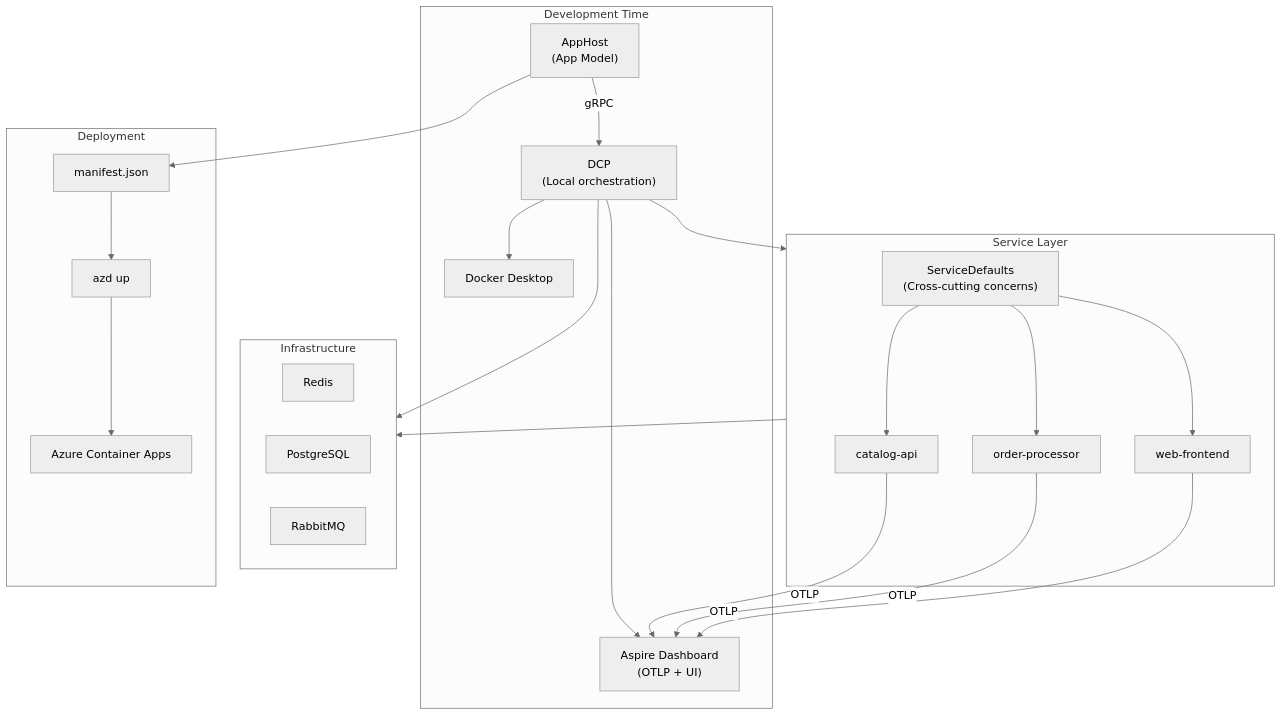
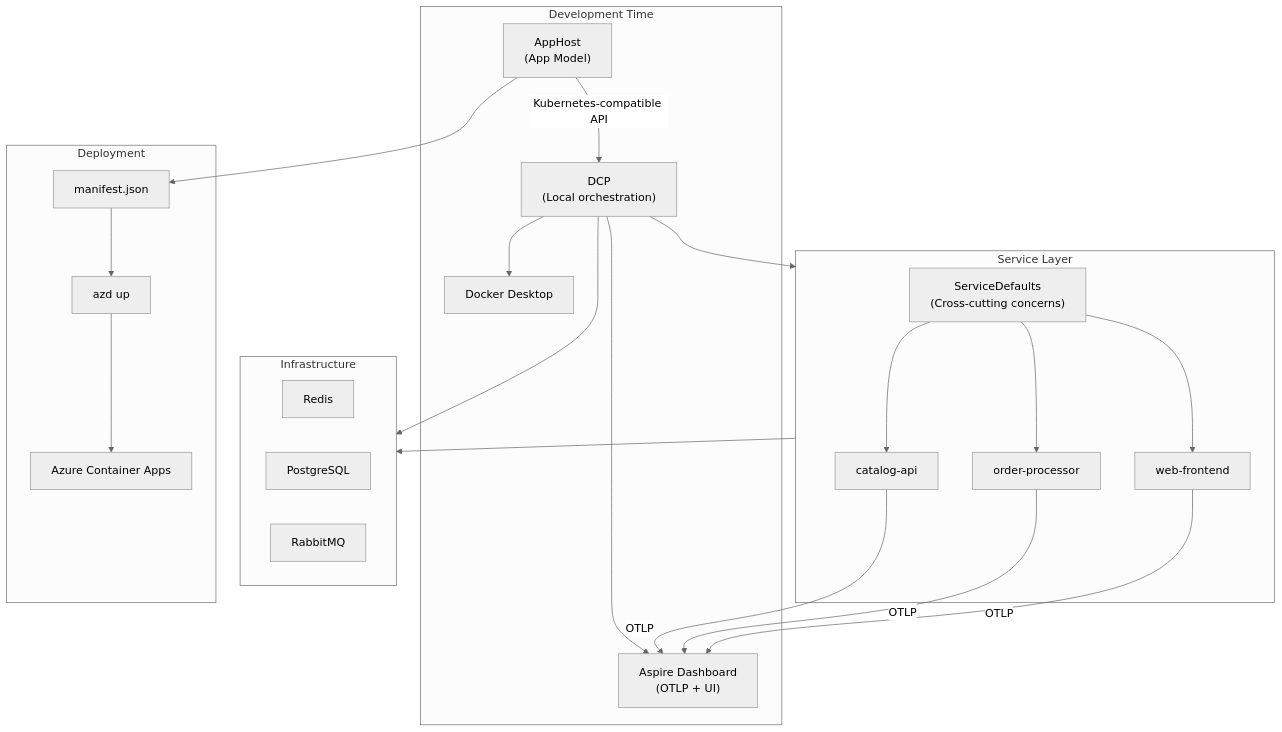
Diagram 18 of 18 in content/blog/en/dotnet-aspire.mdx (yoichiozaki/yoichiozaki.github.io), drawn with Mermaid (neutral theme) before and after one commit. The commit also changed other lines of this file and 116 other files, not shown here.

````diff
--- a/content/blog/en/dotnet-aspire.mdx
+++ b/content/blog/en/dotnet-aspire.mdx
@@ -1167,47 +1172,47 @@
 ```mermaid
 graph TD
     subgraph Development["Development Time"]
         AppHost["AppHost<br/>(App Model)"]
         DCP["DCP<br/>(Local orchestration)"]
         Dashboard["Aspire Dashboard<br/>(OTLP + UI)"]
         Docker["Docker Desktop"]
 
-        AppHost -->|gRPC| DCP
+        AppHost -->|Kubernetes-compatible API| DCP
         DCP --> Docker
         DCP --> Dashboard
     end
 
     subgraph Services["Service Layer"]
         SD["ServiceDefaults<br/>(Cross-cutting concerns)"]
         API["catalog-api"]
         Worker["order-processor"]
         Web["web-frontend"]
 
         SD --> API
         SD --> Worker
         SD --> Web
     end
 
     subgraph Infrastructure["Infrastructure"]
         Redis["Redis"]
         PG["PostgreSQL"]
         RMQ["RabbitMQ"]
     end
 
     subgraph Deploy["Deployment"]
         Manifest["manifest.json"]
         AZD["azd up"]
         Azure["Azure Container Apps"]
     end
 
     DCP --> Services
     DCP --> Infrastructure
     Services --> Infrastructure
     API -->|OTLP| Dashboard
     Worker -->|OTLP| Dashboard
     Web -->|OTLP| Dashboard
 
     AppHost --> Manifest
     Manifest --> AZD
     AZD --> Azure
 ```
````
